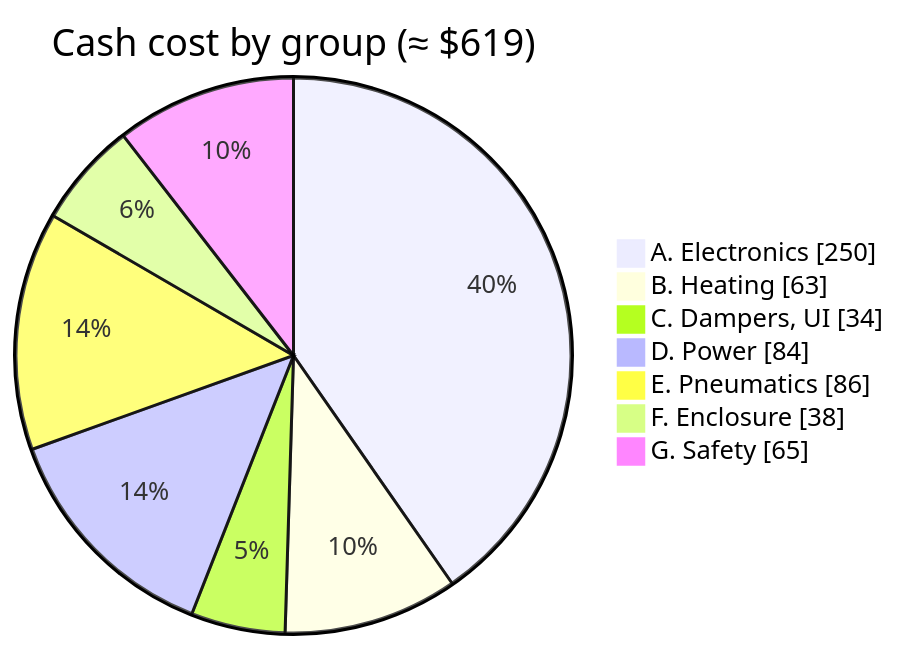
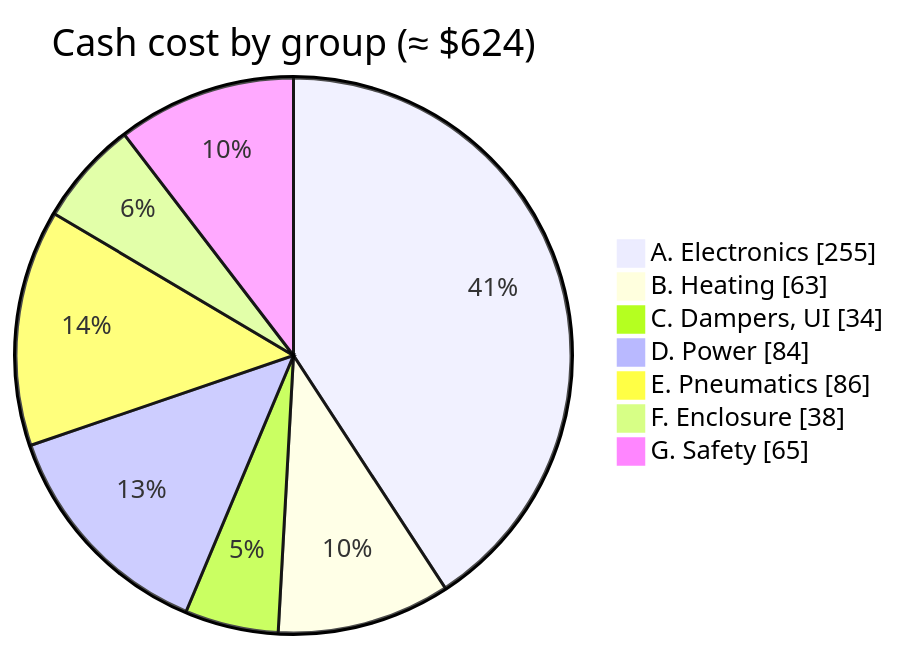
Before and after one commit to BashfulBits/3dp-fleet-exhaust: the diagram in docs/03_bill_of_materials.md, drawn with Mermaid. The commit also changed other lines of this file and 7 other files, not shown here.

````diff
--- a/docs/03_bill_of_materials.md
+++ b/docs/03_bill_of_materials.md
@@ -28,11 +28,11 @@
 ```mermaid
 pie showData
-  title Cash cost by group (≈ $619)
-  "A. Electronics" : 250
+  title Cash cost by group (≈ $624)
+  "A. Electronics" : 255
   "B. Heating" : 63
   "C. Dampers, UI" : 34
   "D. Power" : 84
   "E. Pneumatics" : 86
   "F. Enclosure" : 38
   "G. Safety" : 65
 ```
````
